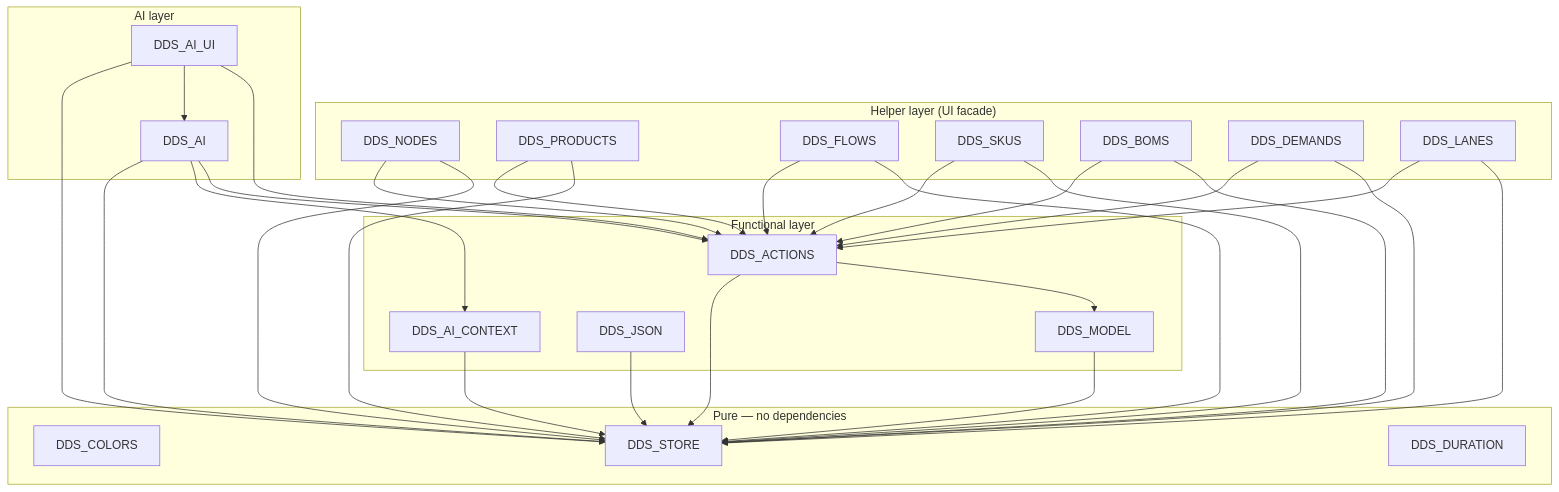
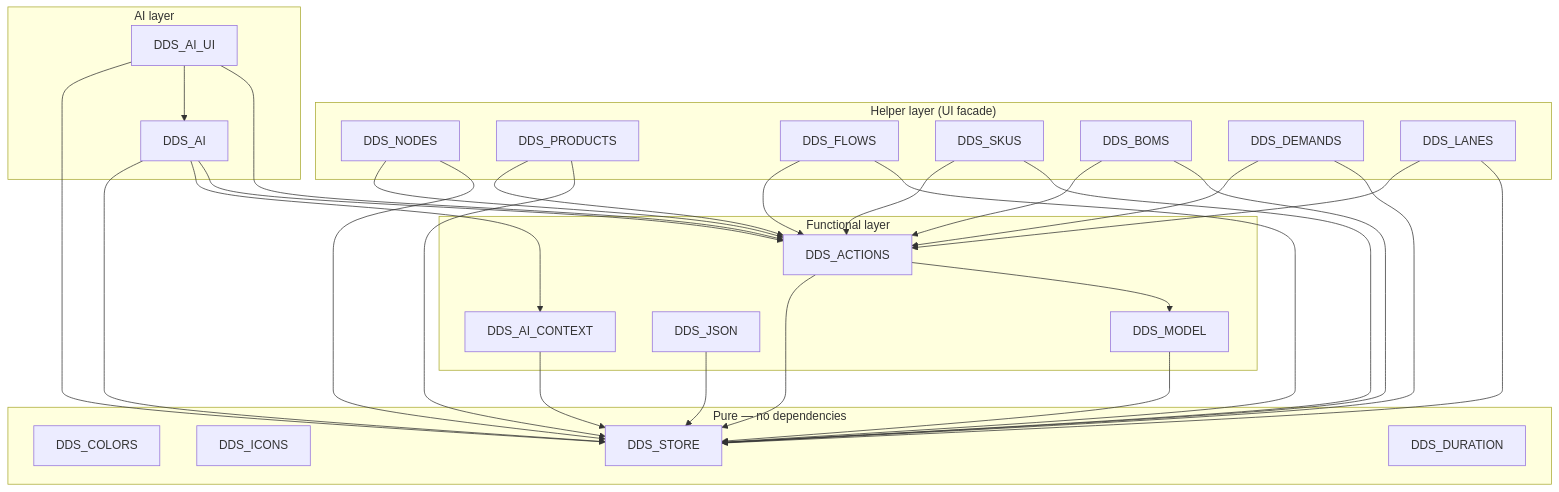
Before and after one commit to rlequette-t4b/ddscope-doc: the diagram in docs/DDScope_Modules.md, drawn with Mermaid. The commit also changed other lines of this file and 6 other files, not shown here.

````diff
--- a/docs/DDScope_Modules.md
+++ b/docs/DDScope_Modules.md
@@ -75,60 +76,61 @@
 ```mermaid
 graph TD
 
   subgraph Pure["Pure — no dependencies"]
     DDS_COLORS
+    DDS_ICONS
     DDS_STORE
     DDS_DURATION
   end
 
   subgraph Functional["Functional layer"]
     DDS_MODEL
     DDS_ACTIONS
     DDS_JSON
     DDS_AI_CONTEXT
   end
 
   subgraph Helpers["Helper layer (UI facade)"]
     DDS_NODES
     DDS_PRODUCTS
     DDS_FLOWS
     DDS_SKUS
     DDS_BOMS
     DDS_DEMANDS
     DDS_LANES
   end
 
   subgraph AI["AI layer"]
     DDS_AI
     DDS_AI_UI
   end
 
   DDS_MODEL       --> DDS_STORE
   DDS_ACTIONS     --> DDS_STORE
   DDS_ACTIONS     --> DDS_MODEL
   DDS_JSON        --> DDS_STORE
   DDS_AI_CONTEXT  --> DDS_STORE
 
   DDS_NODES    --> DDS_ACTIONS
   DDS_NODES    --> DDS_STORE
   DDS_PRODUCTS --> DDS_ACTIONS
   DDS_PRODUCTS --> DDS_STORE
   DDS_FLOWS    --> DDS_ACTIONS
   DDS_FLOWS    --> DDS_STORE
   DDS_SKUS     --> DDS_ACTIONS
   DDS_SKUS     --> DDS_STORE
   DDS_BOMS     --> DDS_ACTIONS
   DDS_BOMS     --> DDS_STORE
   DDS_DEMANDS  --> DDS_ACTIONS
   DDS_DEMANDS  --> DDS_STORE
   DDS_LANES    --> DDS_ACTIONS
   DDS_LANES    --> DDS_STORE
 
   DDS_AI          --> DDS_STORE
   DDS_AI          --> DDS_AI_CONTEXT
   DDS_AI          --> DDS_ACTIONS
 
   DDS_AI_UI       --> DDS_STORE
   DDS_AI_UI       --> DDS_AI
   DDS_AI_UI       --> DDS_ACTIONS
 ```
````
